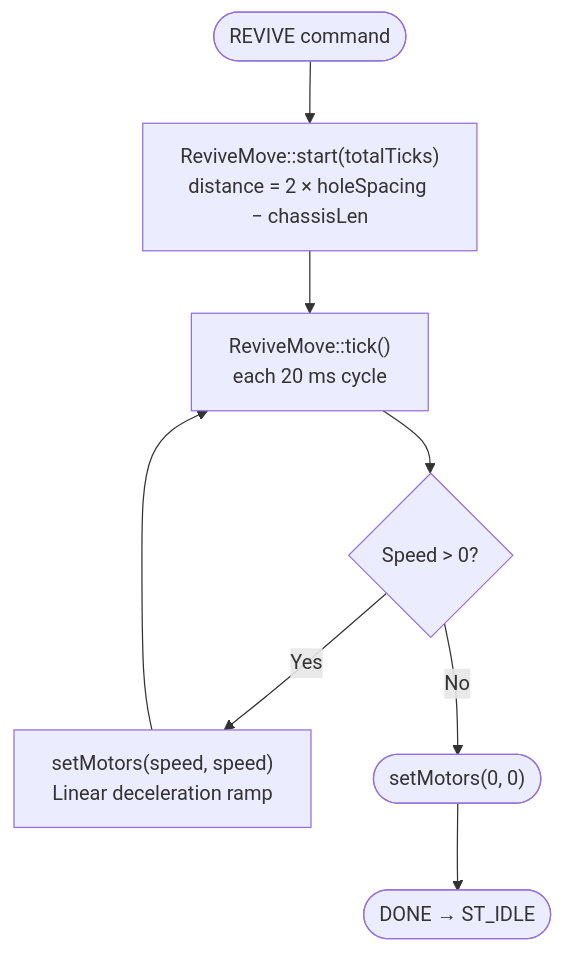
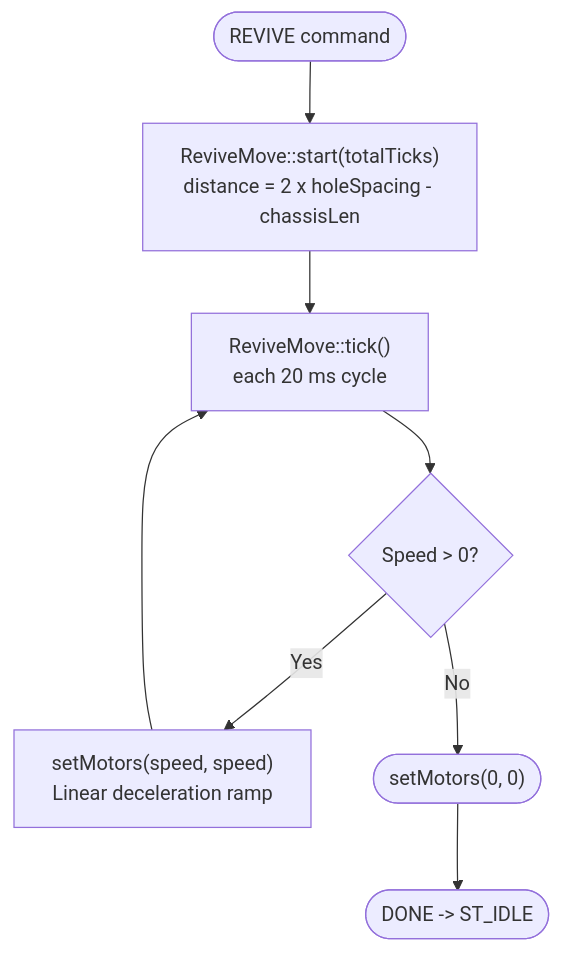
Before and after one commit to rahrah456/Term-3-Martian-Robotics-Project: the seventh of 9 diagrams in README.md, drawn with Mermaid. The commit also changed other lines of this file, not shown here.

````diff
--- a/README.md
+++ b/README.md
@@ -415,11 +414,11 @@
 ```mermaid
 flowchart TB
-    START(["REVIVE command"]) --> INIT["ReviveMove::start(totalTicks)<br/>distance = 2 × holeSpacing − chassisLen"]
+    START(["REVIVE command"]) --> INIT["ReviveMove::start(totalTicks)<br/>distance = 2 x holeSpacing - chassisLen"]
 
-    INIT --> RUN["ReviveMove::tick()<br/>each 20 ms cycle"]
+    INIT --> RUN["ReviveMove::tick()<br/>each 20 ms cycle"]
     RUN --> DECEL{"Speed > 0?"}
     DECEL -->|Yes| PUSH["setMotors(speed, speed)<br/>Linear deceleration ramp"]
     PUSH --> RUN
     DECEL -->|No| STOP(["setMotors(0, 0)"])
-    STOP --> DONE(["DONE → ST_IDLE"])
+    STOP --> DONE(["DONE -> ST_IDLE"])
 ```
````
